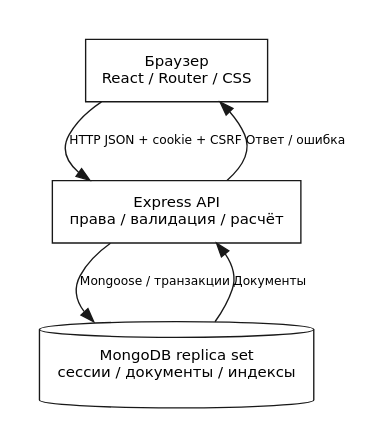
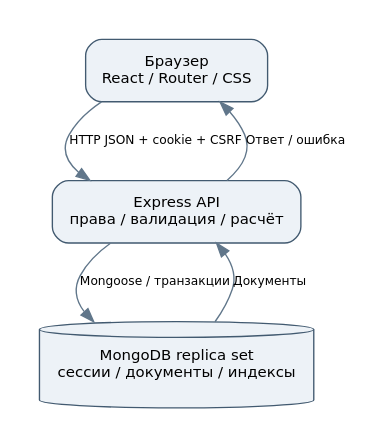
The diagram in docs/diagrams/architecture.dot (alexander2007B/cursovaya), drawn with Graphviz before and after one commit. The commit also changed 33 other files, not shown here.

Commit message:
Restore original diagram layouts with subtle blue-grey colors

```diff
--- a/docs/diagrams/architecture.dot
+++ b/docs/diagrams/architecture.dot
@@ -1,4 +1,4 @@
-digraph G {graph [fontname="DejaVu Sans",bgcolor="white",pad="0.3",ranksep="0.65",nodesep="0.35"]; node [fontname="DejaVu Sans",fontsize=11,shape=box,style="filled",fillcolor="white",color="#181818",margin="0.15"]; edge [fontname="DejaVu Sans",fontsize=9,color="#181818"];rankdir=TB; browser[label="Браузер
+digraph G {graph [fontname="DejaVu Sans",bgcolor="white",pad="0.3",ranksep="0.65",nodesep="0.35"]; node [fontname="DejaVu Sans",fontsize=11,shape=box,style="rounded,filled",fillcolor="#edf2f7",color="#425a70",margin="0.15"]; edge [fontname="DejaVu Sans",fontsize=9,color="#60768a"];rankdir=TB; browser[label="Браузер
 React / Router / CSS"]; api[label="Express API
 права / валидация / расчёт"]; db[label="MongoDB replica set
 сессии / документы / индексы",shape=cylinder]; browser->api[label="HTTP JSON + cookie + CSRF"]; api->db[label="Mongoose / транзакции"]; db->api[label="Документы"]; api->browser[label="Ответ / ошибка"];}
```
